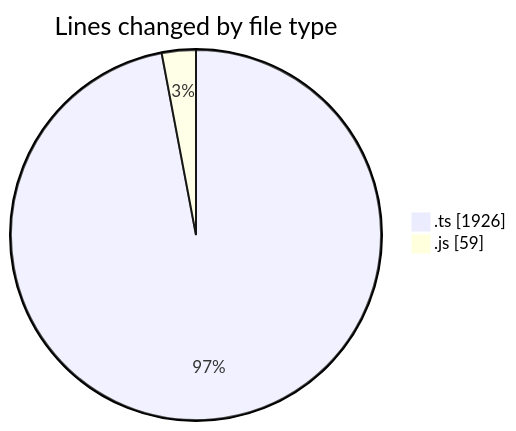
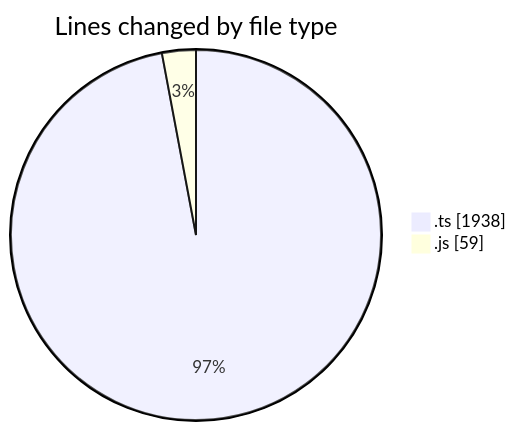
One commit to momahboobian/code-tracking changed the first of 2 diagrams in 2026-11-03/cda/README.md. Above: the diagram before and after it, drawn with Mermaid. The commit also changed other lines of this file and 1 other file, not shown here.

````diff
--- a/2026-11-03/cda/README.md
+++ b/2026-11-03/cda/README.md
@@ -31,6 +31,6 @@
 ```mermaid
 pie showData
 title Lines changed by file type
-".ts" : 1926
+".ts" : 1938
 ".js" : 59
 ```
````
